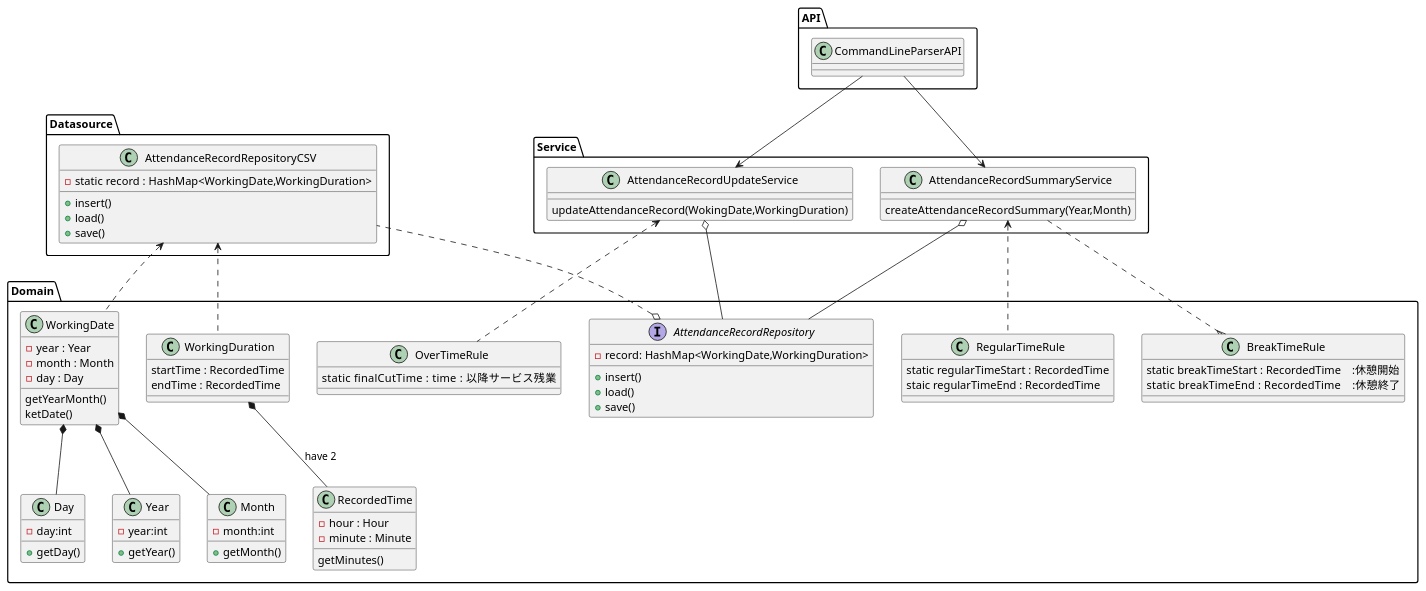
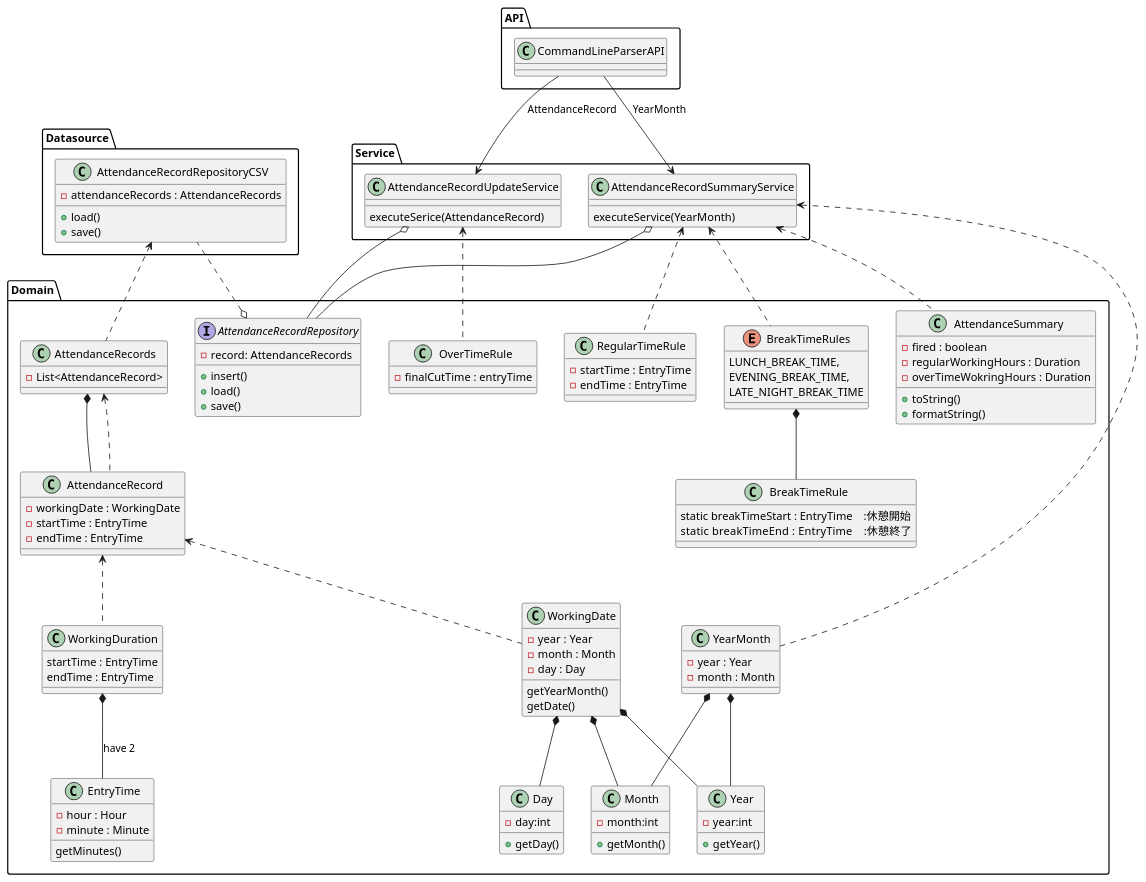
The diagram in Documents/ClassDiagram.puml (biglobe-isp/kintai), drawn with PlantUML before and after one commit. The commit also changed 26 other files, not shown here.

Commit message:
Refactor Part 2 Changed BreakTimeRules from class to Enum Update Class Diagram

```diff
--- a/Documents/ClassDiagram.puml
+++ b/Documents/ClassDiagram.puml
@@ -1,102 +1,141 @@
 @startuml
 
 package Datasource {
 class AttendanceRecordRepositoryCSV {
--static record : HashMap<WorkingDate,WorkingDuration>
-+insert()
+-attendanceRecords : AttendanceRecords 
 +load()
 +save()
 }
 }
 
 package Domain {
 class Year {
 -year:int
 +getYear()
 }
 class Month {
 -month:int
 +getMonth()
 }
 class Day {
 -day:int
 +getDay()
 }
 class WorkingDate {
 -year : Year
 -month : Month
 -day : Day
 getYearMonth()
-ketDate()
+getDate()
 }
+
 
 WorkingDate *-down- Year
 WorkingDate *-down- Month
 WorkingDate *-down- Day
 
-class RecordedTime {
+class YearMonth {
+-year : Year
+-month : Month
+}
+
+YearMonth *-down= Year
+YearMonth *-down- Month
+
+class EntryTime {
   -hour : Hour
   -minute : Minute
   getMinutes()
 }
 
 class WorkingDuration {
-startTime : RecordedTime
-endTime : RecordedTime
+startTime : EntryTime
+endTime : EntryTime
 }
 
-WorkingDuration *-down- RecordedTime  : have 2 
+WorkingDuration *-down- EntryTime  : have 2 
 
 class RegularTimeRule {
+-startTime : EntryTime 
+-endTime : EntryTime 
+}
 
-static regularTimeStart : RecordedTime 
-staic regularTimeEnd : RecordedTime 
+Enum BreakTimeRules {
+LUNCH_BREAK_TIME,
+EVENING_BREAK_TIME,
+LATE_NIGHT_BREAK_TIME
 }
 
 class BreakTimeRule {
-static breakTimeStart : RecordedTime　:休憩開始
-static breakTimeEnd   : RecordedTime　:休憩終了
+static breakTimeStart : EntryTime　:休憩開始
+static breakTimeEnd   : EntryTime　:休憩終了
 }
 
+BreakTimeRules *-down- BreakTimeRule 
+
+
 class OverTimeRule {
-    static finalCutTime   : time  : 以降サービス残業
+-finalCutTime : entryTime  
 }
 
+class AttendanceRecords {
+-List<AttendanceRecord>
+}
+
+class AttendanceRecord {
+-workingDate : WorkingDate
+-startTime : EntryTime
+-endTime : EntryTime
+}
+
+AttendanceRecords *-down- AttendanceRecord 
+
 interface AttendanceRecordRepository {
--record: HashMap<WorkingDate,WorkingDuration>
+-record: AttendanceRecords
 +insert()
 +load()
 +save()
+}
 
+class AttendanceSummary {
++toString()
++formatString()
+-fired : boolean 
+-regularWorkingHours : Duration
+-overTimeWokringHours : Duration
 }
 
 }
 package API {
 class CommandLineParserAPI
 }
 package Service
 {
 class AttendanceRecordUpdateService {
-updateAttendanceRecord(WokingDate,WorkingDuration)
+executeSerice(AttendanceRecord)
 }
 class AttendanceRecordSummaryService
 {
-createAttendanceRecordSummary(Year,Month)
+executeService(YearMonth)
 }
 
 AttendanceRecordUpdateService o--  AttendanceRecordRepository 
 AttendanceRecordUpdateService <.. OverTimeRule
 AttendanceRecordSummaryService o-- AttendanceRecordRepository
-AttendanceRecordSummaryService ..{ BreakTimeRule
+AttendanceRecordSummaryService <.. BreakTimeRules
 AttendanceRecordSummaryService <.. RegularTimeRule
+AttendanceRecordSummaryService <.. AttendanceSummary 
+AttendanceRecordSummaryService <.. YearMonth 
 
-CommandLineParserAPI --> AttendanceRecordUpdateService
-CommandLineParserAPI --> AttendanceRecordSummaryService
+CommandLineParserAPI --> AttendanceRecordUpdateService : AttendanceRecord
+CommandLineParserAPI --> AttendanceRecordSummaryService : YearMonth
 
-AttendanceRecordRepositoryCSV <.. WorkingDate
-AttendanceRecordRepositoryCSV <.. WorkingDuration
+AttendanceRecord <.. WorkingDate
+AttendanceRecord <.. WorkingDuration
+AttendanceRecords <.. AttendanceRecord
+AttendanceRecordRepositoryCSV  <.. AttendanceRecords
 
 AttendanceRecordRepository o.. AttendanceRecordRepositoryCSV
 
 
 @enduml
```
